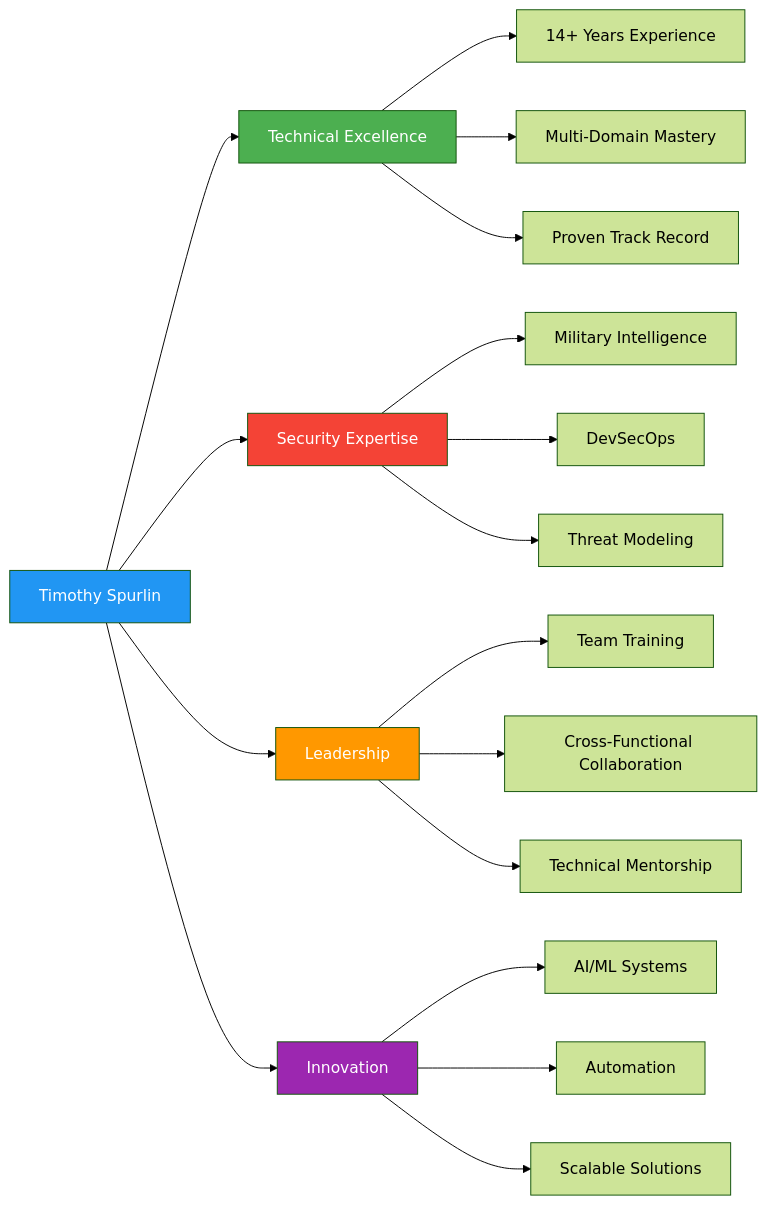
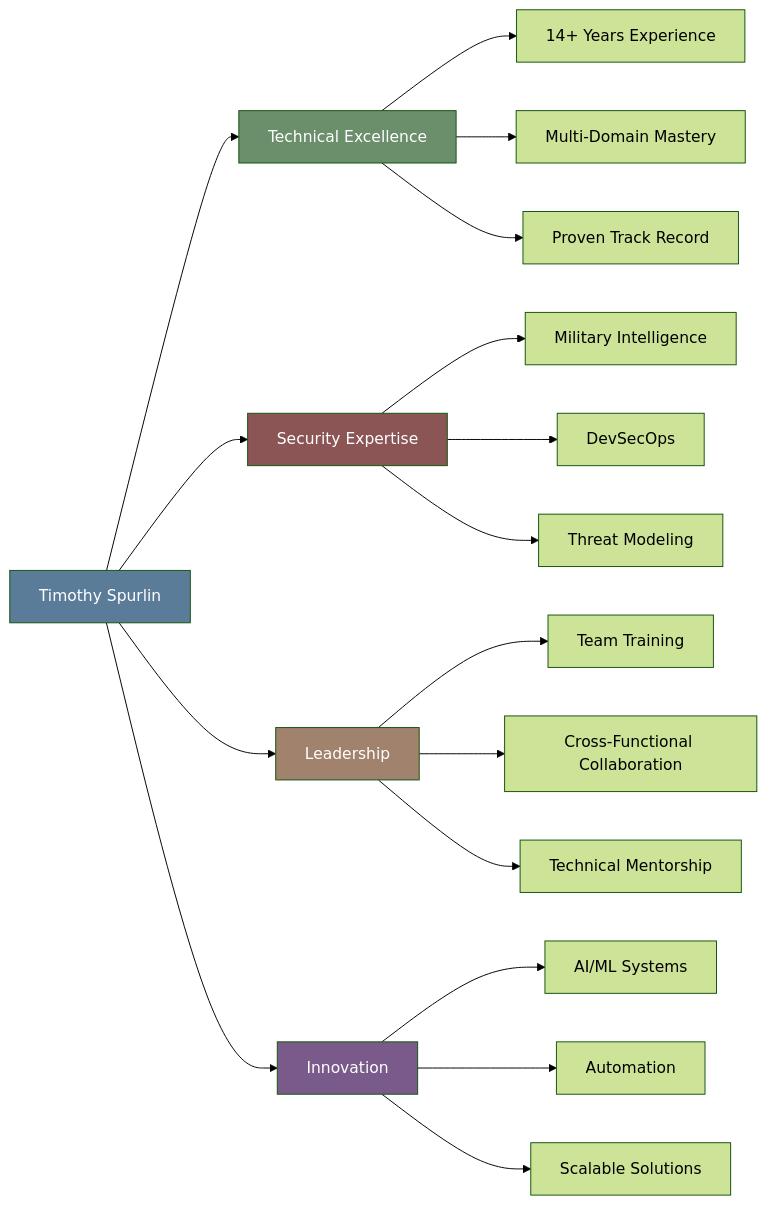
Diagram 24 of 24 in README.md (Tim-Spurlin/RESUME-of-Timothy-Spurlin), drawn with Mermaid before and after one commit. The commit also changed other lines of this file, not shown here.

Commit message:
Replace bright Mermaid diagram colors with muted professional tones

````diff
--- a/README.md
+++ b/README.md
@@ -965,30 +965,30 @@
 ```mermaid
 %%{init: {'theme':'forest'}}%%
 graph LR
     A[Timothy Spurlin] --> B[Technical Excellence]
     A --> C[Security Expertise]
     A --> D[Leadership]
     A --> E[Innovation]
     
     B --> B1[14+ Years Experience]
     B --> B2[Multi-Domain Mastery]
     B --> B3[Proven Track Record]
     
     C --> C1[Military Intelligence]
     C --> C2[DevSecOps]
     C --> C3[Threat Modeling]
     
     D --> D1[Team Training]
     D --> D2[Cross-Functional Collaboration]
     D --> D3[Technical Mentorship]
     
     E --> E1[AI/ML Systems]
     E --> E2[Automation]
     E --> E3[Scalable Solutions]
     
-    style A fill:#2196f3,color:#fff
-    style B fill:#4caf50,color:#fff
-    style C fill:#f44336,color:#fff
-    style D fill:#ff9800,color:#fff
-    style E fill:#9c27b0,color:#fff
+    style A fill:#5B7C99,color:#fff
+    style B fill:#6B8E6B,color:#fff
+    style C fill:#8B5555,color:#fff
+    style D fill:#A0826D,color:#fff
+    style E fill:#7A5A8A,color:#fff
 ```
````
